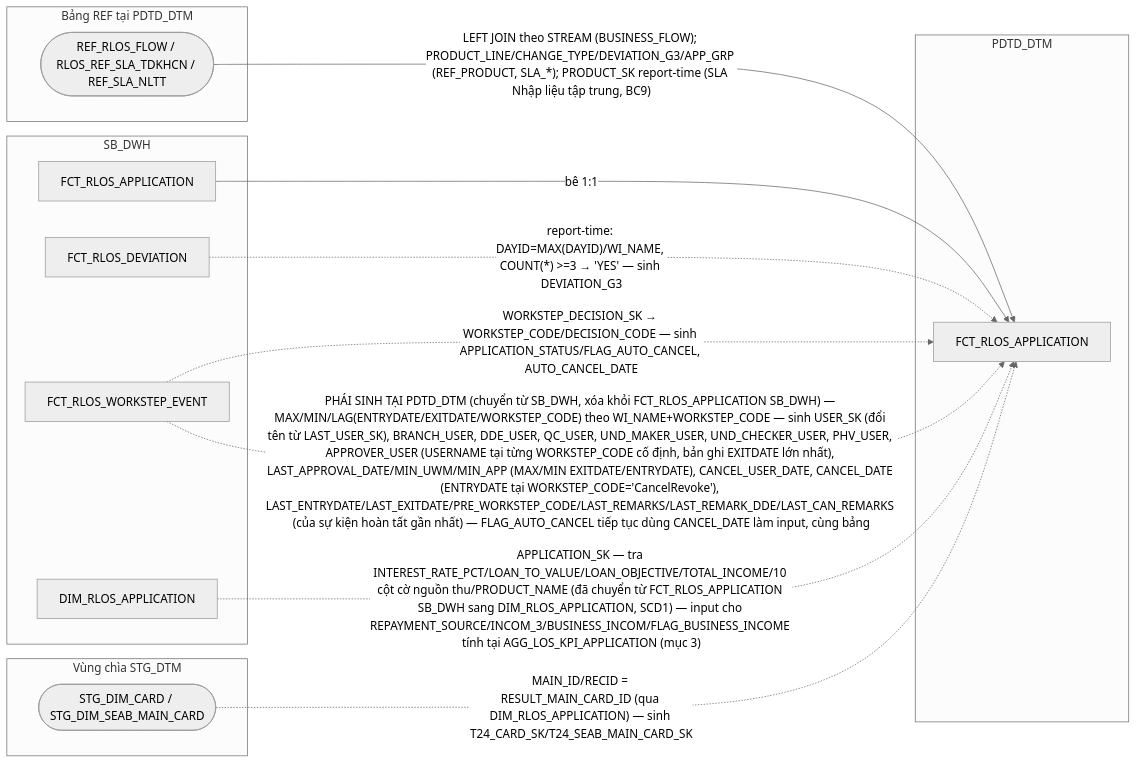
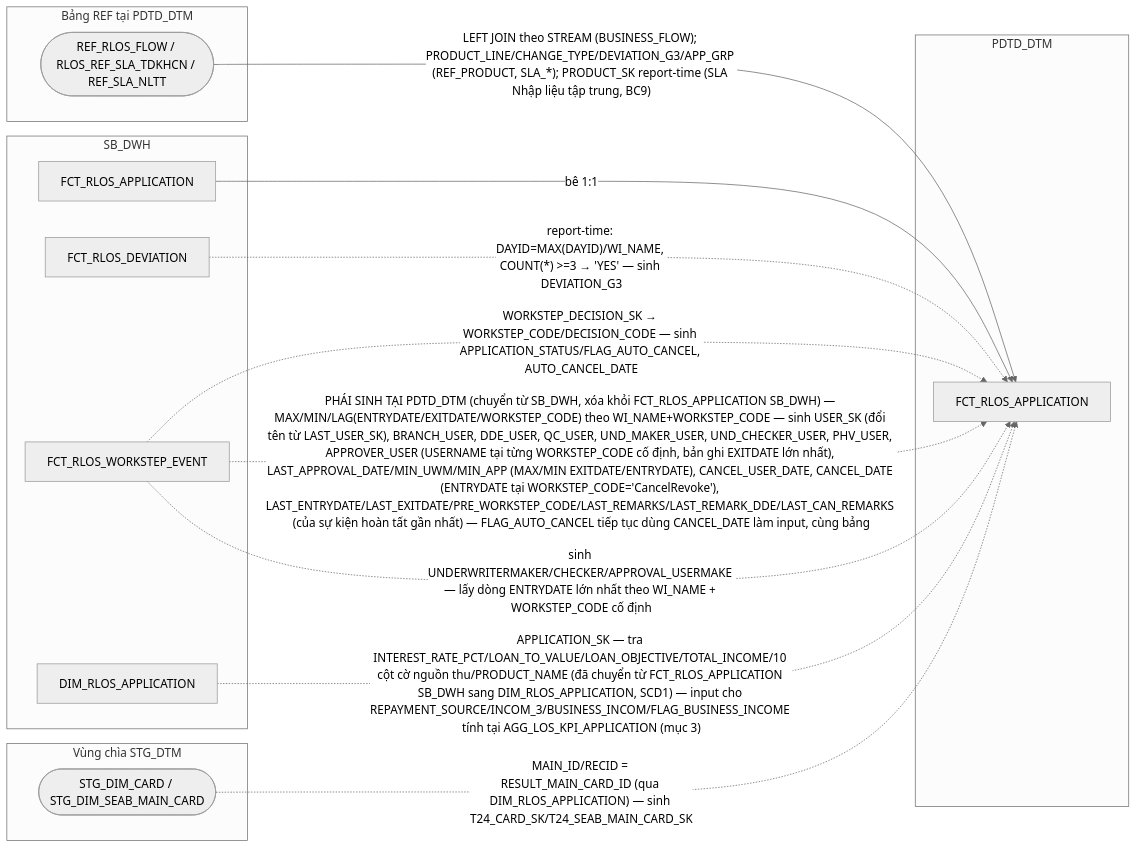
Diagram 11 of 19 in hld/hld_review/HLD_FCT_PDTD_DTM_review.md (chien1198/sb-mapping-gen), drawn with Mermaid (neutral theme) before and after one commit. The commit also changed other lines of this file and 160 other files, not shown here.

````diff
--- a/hld/hld_review/HLD_FCT_PDTD_DTM_review.md
+++ b/hld/hld_review/HLD_FCT_PDTD_DTM_review.md
@@ -708,25 +714,26 @@
 ```mermaid
 flowchart LR
     subgraph SB_DWH
         C["FCT_RLOS_APPLICATION"]
         DV["FCT_RLOS_DEVIATION"]
         WE["FCT_RLOS_WORKSTEP_EVENT"]
         RAPP["DIM_RLOS_APPLICATION"]
     end
     subgraph REF_DTM["Bảng REF tại PDTD_DTM"]
         REF(["REF_RLOS_FLOW / RLOS_REF_SLA_TDKHCN / REF_SLA_NLTT"])
     end
     subgraph STG_DTM["Vùng chìa STG_DTM"]
         STG(["STG_DIM_CARD / STG_DIM_SEAB_MAIN_CARD"])
     end
     subgraph PDTD_DTM
         D["FCT_RLOS_APPLICATION"]
     end
     C -->|bê 1:1| D
     DV -.->|"report-time: DAYID=MAX(DAYID)/WI_NAME, COUNT(*) >=3 → 'YES' — sinh DEVIATION_G3"| D
     REF -->|"LEFT JOIN theo STREAM (BUSINESS_FLOW); PRODUCT_LINE/CHANGE_TYPE/DEVIATION_G3/APP_GRP (REF_PRODUCT, SLA_*); PRODUCT_SK report-time (SLA Nhập liệu tập trung, BC9)"| D
     WE -.->|"WORKSTEP_DECISION_SK → WORKSTEP_CODE/DECISION_CODE — sinh APPLICATION_STATUS/FLAG_AUTO_CANCEL, AUTO_CANCEL_DATE "| D
     STG -.->|"MAIN_ID/RECID = RESULT_MAIN_CARD_ID (qua DIM_RLOS_APPLICATION) — sinh T24_CARD_SK/T24_SEAB_MAIN_CARD_SK"| D
     WE -.->|"PHÁI SINH TẠI PDTD_DTM (chuyển từ SB_DWH, xóa khỏi FCT_RLOS_APPLICATION SB_DWH) — MAX/MIN/LAG(ENTRYDATE/EXITDATE/WORKSTEP_CODE) theo WI_NAME+WORKSTEP_CODE — sinh USER_SK (đổi tên từ LAST_USER_SK), BRANCH_USER, DDE_USER, QC_USER, UND_MAKER_USER, UND_CHECKER_USER, PHV_USER, APPROVER_USER (USERNAME tại từng WORKSTEP_CODE cố định, bản ghi EXITDATE lớn nhất), LAST_APPROVAL_DATE/MIN_UWM/MIN_APP (MAX/MIN EXITDATE/ENTRYDATE), CANCEL_USER_DATE, CANCEL_DATE (ENTRYDATE tại WORKSTEP_CODE='CancelRevoke'), LAST_ENTRYDATE/LAST_EXITDATE/PRE_WORKSTEP_CODE/LAST_REMARKS/LAST_REMARK_DDE/LAST_CAN_REMARKS (của sự kiện hoàn tất gần nhất) — FLAG_AUTO_CANCEL tiếp tục dùng CANCEL_DATE làm input, cùng bảng"| D
     RAPP -.->|"APPLICATION_SK — tra INTEREST_RATE_PCT/LOAN_TO_VALUE/LOAN_OBJECTIVE/TOTAL_INCOME/10 cột cờ nguồn thu/PRODUCT_NAME (đã chuyển từ FCT_RLOS_APPLICATION SB_DWH sang DIM_RLOS_APPLICATION, SCD1) — input cho REPAYMENT_SOURCE/INCOM_3/BUSINESS_INCOM/FLAG_BUSINESS_INCOME tính tại AGG_LOS_KPI_APPLICATION (mục 3)"| D
+    WE -.->|"sinh UNDERWRITERMAKER/CHECKER/APPROVAL_USERMAKE — lấy dòng ENTRYDATE lớn nhất theo WI_NAME + WORKSTEP_CODE cố định"| D
 ```
````
